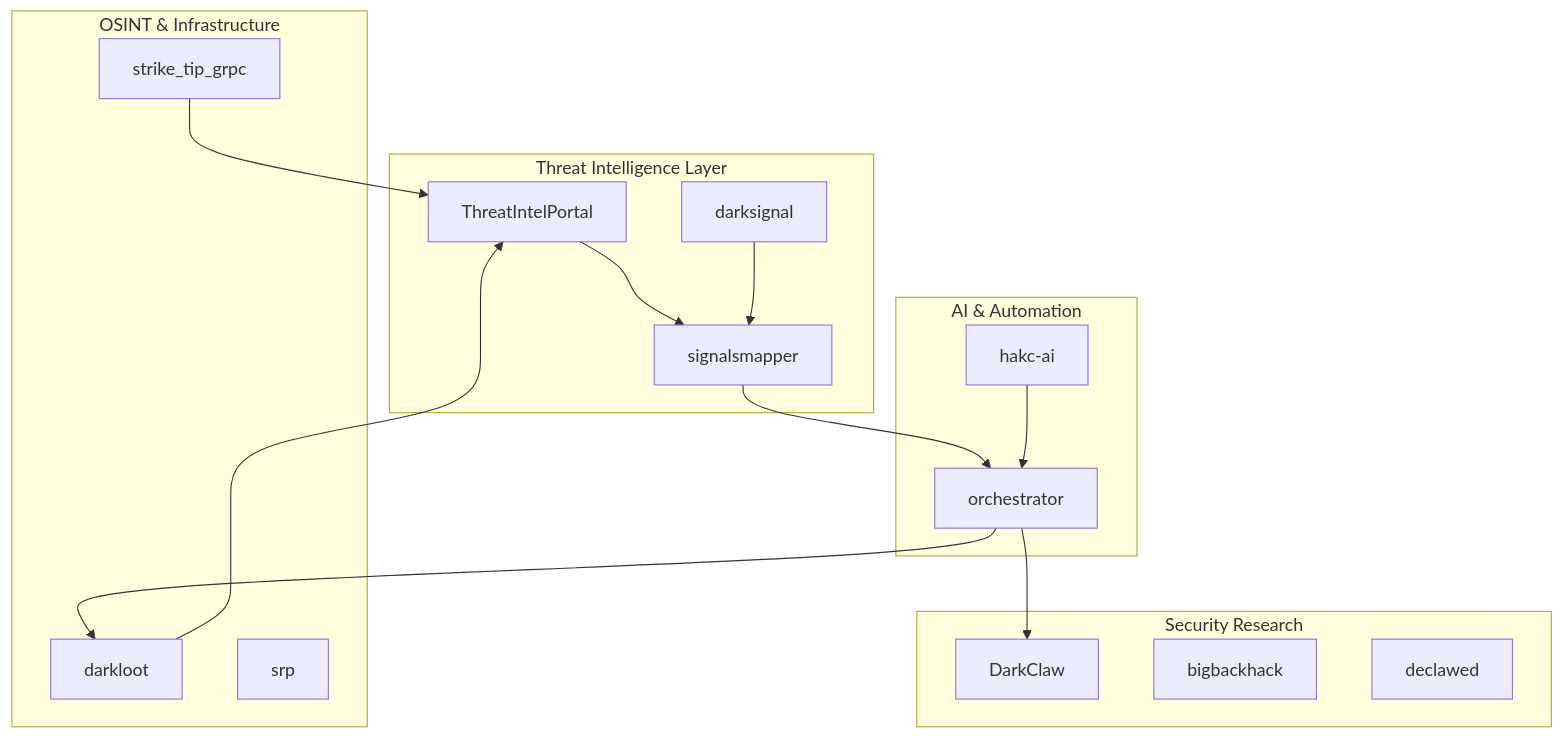
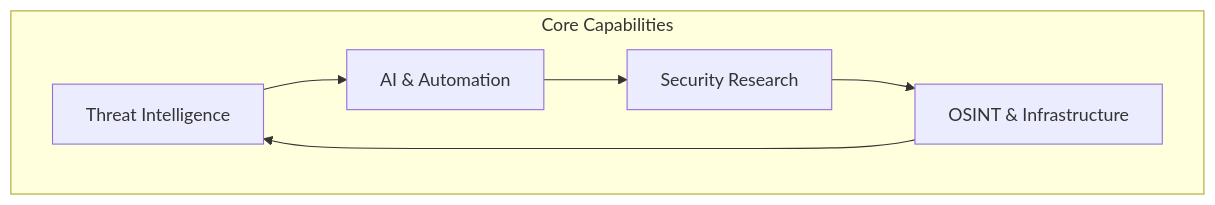
Before and after one commit to darkcodelabs/.github: the first of 3 diagrams in profile/README.md, drawn with Mermaid. The commit also changed other lines of this file, not shown here.

````diff
--- a/profile/README.md
+++ b/profile/README.md
@@ -21,34 +20,14 @@
 ```mermaid
 graph TB
-    subgraph "Threat Intelligence Layer"
-        TIP[ThreatIntelPortal]
-        DS[darksignal]
-        SM[signalsmapper]
+    subgraph "Core Capabilities"
+        TI[Threat Intelligence]
+        AI[AI & Automation]
+        SR[Security Research]
+        OS[OSINT & Infrastructure]
     end
 
-    subgraph "AI & Automation"
-        HAI[hakc-ai]
-        ORC[orchestrator]
-    end
-
-    subgraph "Security Research"
-        DC[DarkClaw]
-        BBH[bigbackhack]
-        DEC[declawed]
-    end
-
-    subgraph "OSINT & Infrastructure"
-        DL[darkloot]
-        SRP[srp]
-        GRPC[strike_tip_grpc]
-    end
-
-    TIP --> SM
-    DS --> SM
-    SM --> ORC
-    HAI --> ORC
-    ORC --> DC
-    ORC --> DL
-    DL --> TIP
-    GRPC --> TIP
+    TI --> AI
+    AI --> SR
+    SR --> OS
+    OS --> TI
 ```
````
